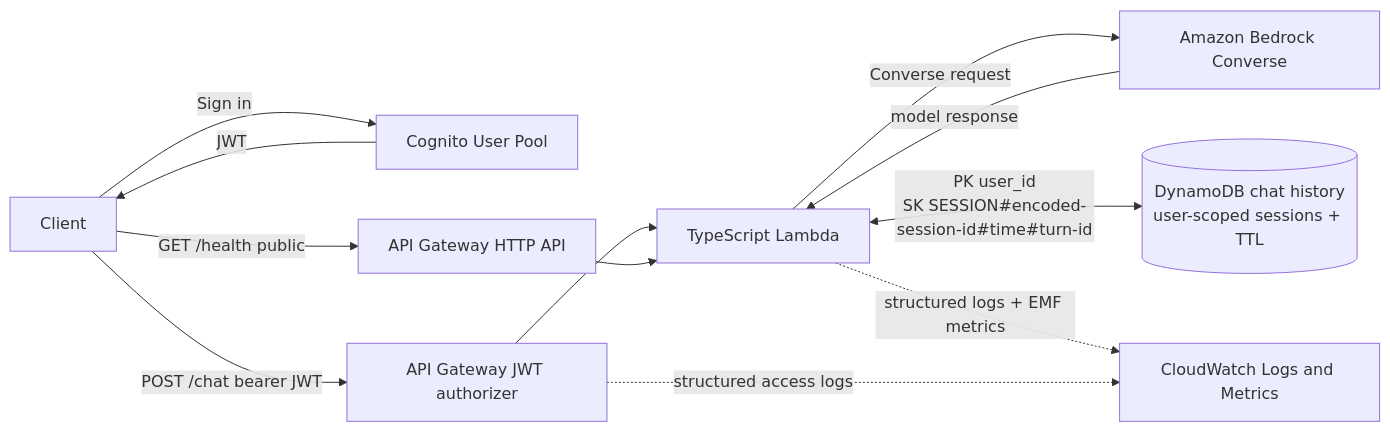
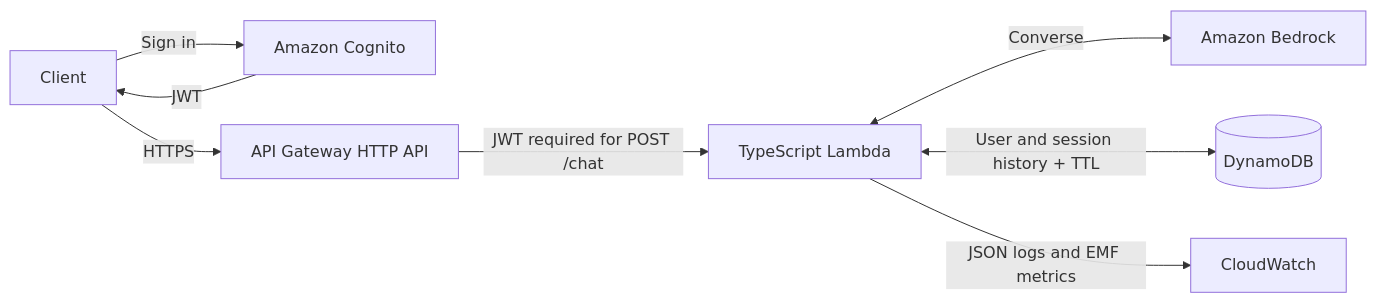
One commit to hongzz0618/aws-bedrock-chat-backend changed the diagram in README.md. Above: the diagram before and after it, drawn with Mermaid. The commit also changed other lines of this file, not shown here.

````diff
--- a/README.md
+++ b/README.md
@@ -24,18 +30,10 @@
 ```mermaid
 flowchart LR
-    Client[Client] -->|"Sign in"| Cognito[Cognito User Pool]
+    Client -->|"Sign in"| Cognito["Amazon Cognito"]
     Cognito -->|"JWT"| Client
-
-    Client -->|"GET /health public"| ApiHealth["API Gateway HTTP API"]
-    Client -->|"POST /chat bearer JWT"| ApiChat["API Gateway JWT authorizer"]
-    ApiChat --> Lambda["TypeScript Lambda"]
-    ApiHealth --> Lambda
-
-    Lambda -->|"Converse request"| Bedrock["Amazon Bedrock Converse"]
-    Bedrock -->|"model response"| Lambda
-
-    Lambda <-->|"PK user_id<br/>SK SESSION#encoded-session-id#time#turn-id"| DynamoDB[("DynamoDB chat history<br/>user-scoped sessions + TTL")]
-
-    Lambda -. "structured logs + EMF metrics" .-> CloudWatch[CloudWatch Logs and Metrics]
-    ApiChat -. "structured access logs" .-> CloudWatch
+    Client -->|"HTTPS"| API["API Gateway HTTP API"]
+    API -->|"JWT required for POST /chat"| Lambda["TypeScript Lambda"]
+    Lambda <-->|"Converse"| Bedrock["Amazon Bedrock"]
+    Lambda <-->|"User and session history + TTL"| DynamoDB[("DynamoDB")]
+    Lambda -->|"JSON logs and EMF metrics"| CloudWatch["CloudWatch"]
 ```
````
